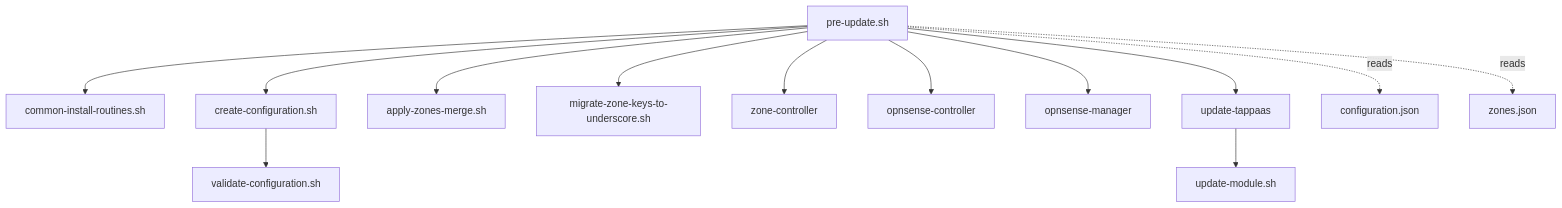
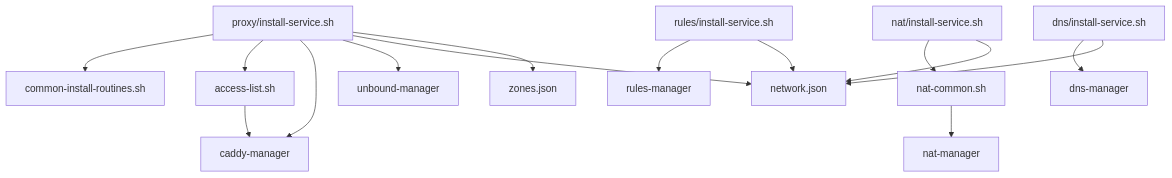
One commit to TAPPaaS/TAPPaaS changed the third of 5 diagrams in src/foundation/DEPENDENCIES.md. Above: the diagram before and after it, drawn with Mermaid. The commit also changed other lines of this file and 181 other files, not shown here.

````diff
--- a/src/foundation/DEPENDENCIES.md
+++ b/src/foundation/DEPENDENCIES.md
@@ -135,15 +210,17 @@
 ```mermaid
 graph TD
-    PU["pre-update.sh"] --> CIR["common-install-routines.sh"]
-    PU --> CC["create-configuration.sh"]
-    PU --> AZM["apply-zones-merge.sh"]
-    PU --> MZK["migrate-zone-keys-to-underscore.sh"]
-    PU --> ZC["zone-controller"]
-    PU --> OC["opnsense-controller"]
-    PU --> OM["opnsense-manager"]
-    PU --> UT["update-tappaas"]
-    CC --> VC["validate-configuration.sh"]
-    UT --> UM["update-module.sh"]
-    PU -.reads.-> CFG["configuration.json"]
-    PU -.reads.-> ZN["zones.json"]
+    PI["proxy/install-service.sh"] --> CIR["common-install-routines.sh"]
+    PI --> AL["access-list.sh"]
+    PI --> CM["caddy-manager"]
+    PI --> UB["unbound-manager"]
+    PI --> NJ["network.json"]
+    PI --> ZJ["zones.json"]
+    AL --> CM
+    RI["rules/install-service.sh"] --> RM["rules-manager"]
+    RI --> NJ
+    NI["nat/install-service.sh"] --> NC["nat-common.sh"]
+    NC --> NM["nat-manager"]
+    NI --> NJ
+    DI["dns/install-service.sh"] --> DNS["dns-manager"]
+    DI --> NJ
 ```
````
